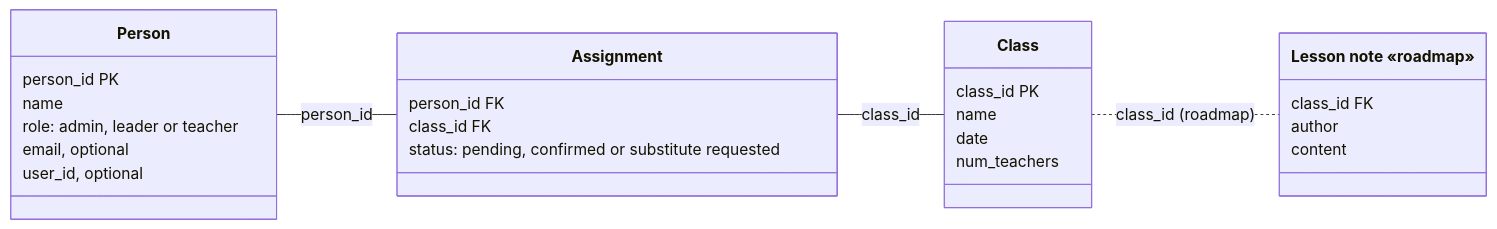
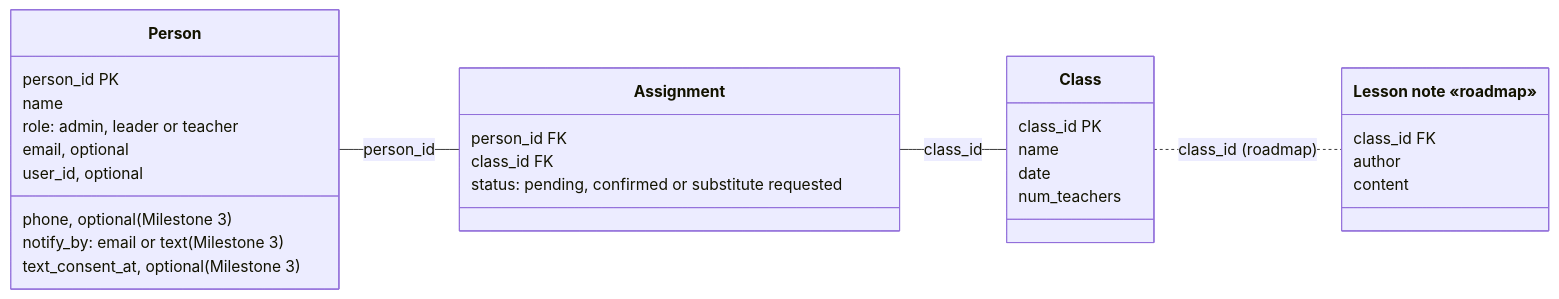
One commit to Sunday-School-Software/Sunday-School-Scheduler changed the fourth of 4 diagrams in docs/design.md. Above: the diagram before and after it, drawn with Mermaid. The commit also changed other lines of this file and 2 other files, not shown here.

First line of the commit message:
Plan text notifications as Milestone 3

````diff
--- a/docs/design.md
+++ b/docs/design.md
@@ -236,36 +248,39 @@
 ```mermaid
 ---
 config:
   themeCSS: "g[id*=LessonNote] path { stroke-dasharray: 5 5; }"
 ---
 classDiagram
     direction LR
     class Person {
         person_id PK
         name
         role: admin, leader or teacher
         email, optional
         user_id, optional
+        phone, optional (Milestone 3)
+        notify_by: email or text (Milestone 3)
+        text_consent_at, optional (Milestone 3)
     }
     class Assignment {
         person_id FK
         class_id FK
         status: pending, confirmed or substitute requested
     }
     class Class {
         class_id PK
         name
         date
         num_teachers
     }
     class LessonNote["Lesson note «roadmap»"] {
         class_id FK
         author
         content
     }
 
     Person -- Assignment : person_id
     Assignment -- Class : class_id
     Class .. LessonNote : class_id (roadmap)
 
 ```
````
